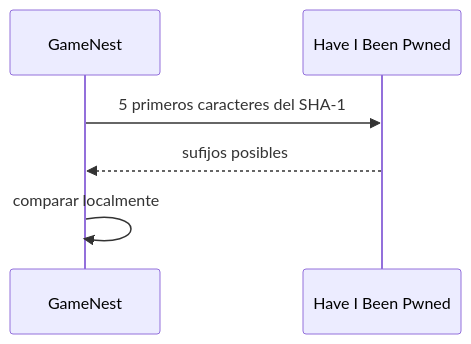
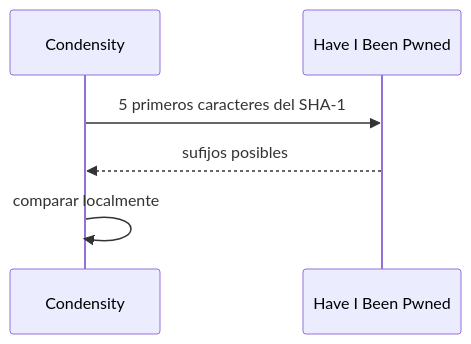
Before and after one commit to FitoCoding/gamenest: the diagram in docs/diagramas/contrasenas-filtradas.mmd, drawn with Mermaid. The commit also changed 5 other files, not shown here.

```diff
--- a/docs/diagramas/contrasenas-filtradas.mmd
+++ b/docs/diagramas/contrasenas-filtradas.mmd
@@ -1,6 +1,6 @@
 sequenceDiagram
-    participant G as GameNest
+    participant G as Condensity
     participant H as Have I Been Pwned
     G->>H: 5 primeros caracteres del SHA-1
     H-->>G: sufijos posibles
     G->>G: comparar localmente
```
